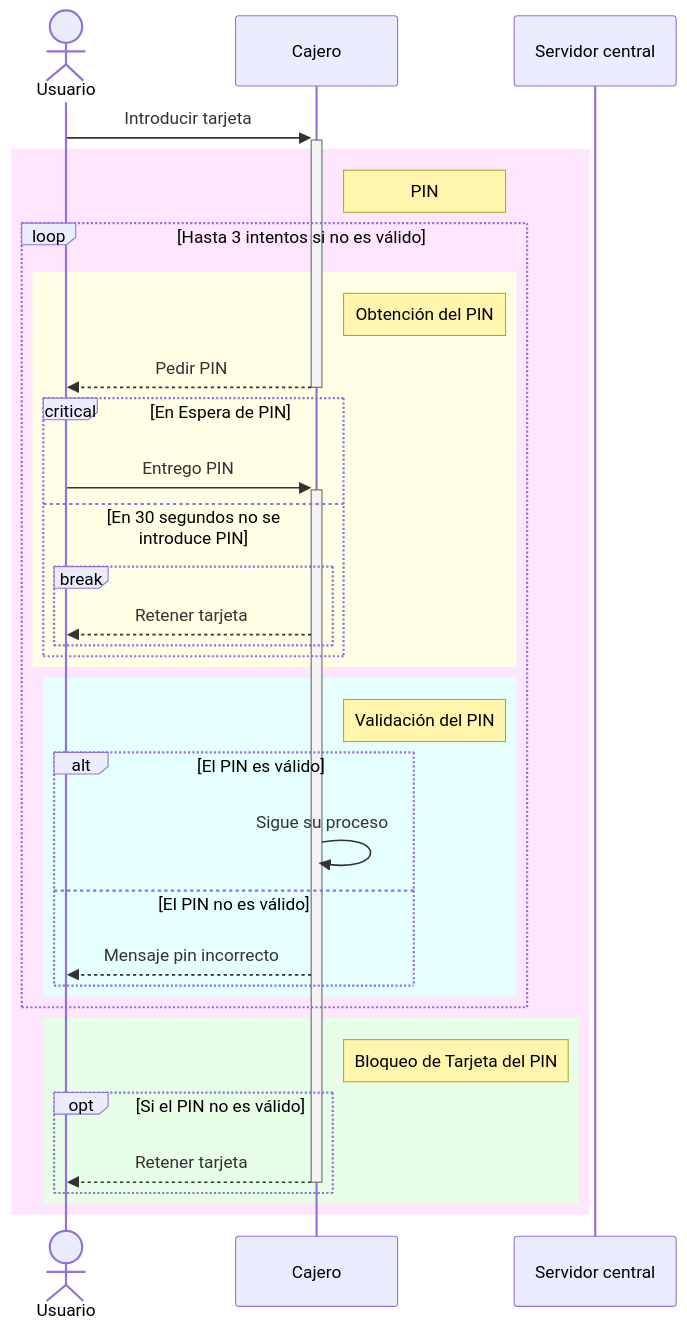
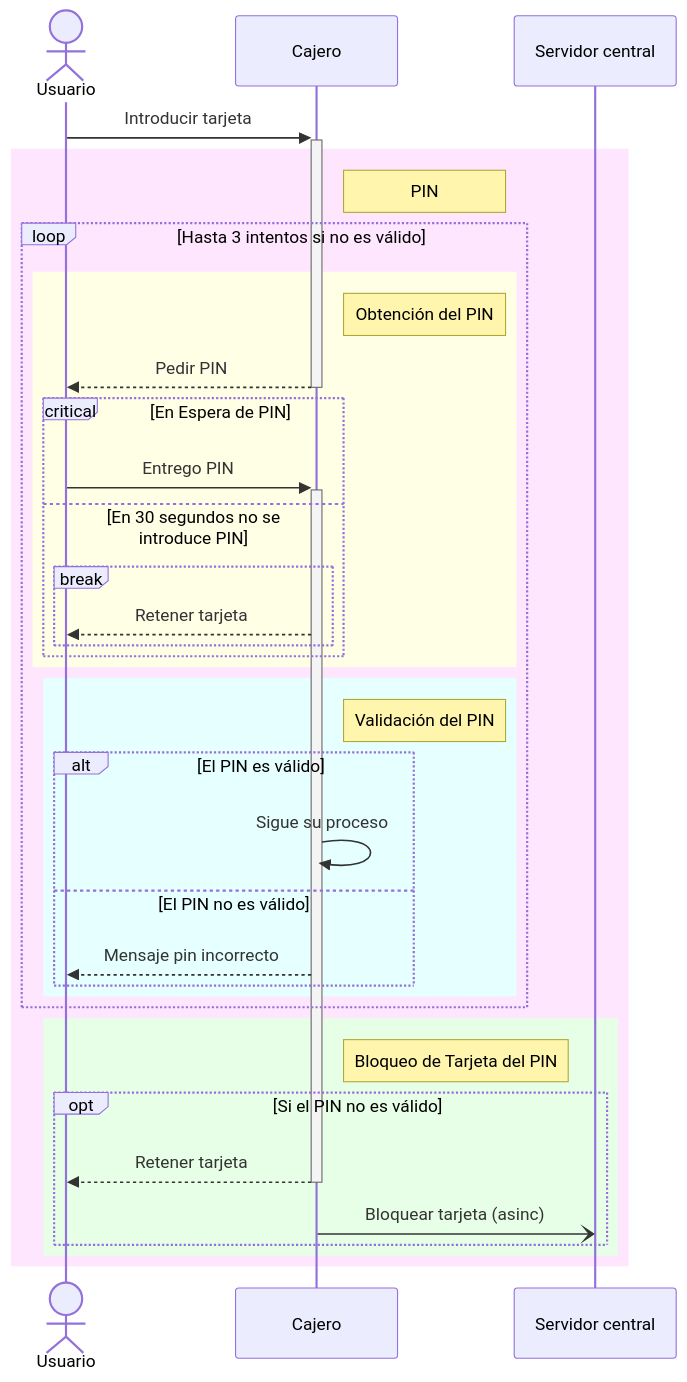
The third of 3 diagrams in ejemplos/cajero/diagrama_secuencia_happy_path.md (IvanciniGT/formacionUML), drawn with Mermaid before and after one commit. The commit also changed 3 other files, not shown here.

````diff
--- a/ejemplos/cajero/diagrama_secuencia_happy_path.md
+++ b/ejemplos/cajero/diagrama_secuencia_happy_path.md
@@ -57,44 +57,45 @@
 ```mermaid
 
 sequenceDiagram
 
     actor                      U as Usuario
     participant                C as Cajero
     participant                S as Servidor central
 
     U ->>+  C:        Introducir tarjeta
     rect rgb(255,230,255)
         note right of C:    PIN
 
         loop              Hasta 3 intentos si no es válido
 
             rect rgb(255,255,230)
                 note right of C:    Obtención del PIN
 
                 C -->>- U:      Pedir PIN
                 critical        En Espera de PIN
                     U ->>+  C:      Entrego PIN
                 option          En 30 segundos no se introduce PIN
                     break
                     C -->> U:      Retener tarjeta
                     end
                 end
             end
             rect rgb(230,255,255)
                 note right of C:    Validación del PIN
                 alt El PIN es válido
                     C ->>    C: Sigue su proceso
                 else El PIN no es válido
                     C -->>    U: Mensaje pin incorrecto
                 end
                 end
         end
         rect rgb(230,255,230)
                 note right of C:    Bloqueo de Tarjeta del PIN
             opt               Si el PIN no es válido
                 C -->>- U:      Retener tarjeta
+                C -) S: Bloquear tarjeta (asinc)
             end
         end
     end
 
 ```
````
